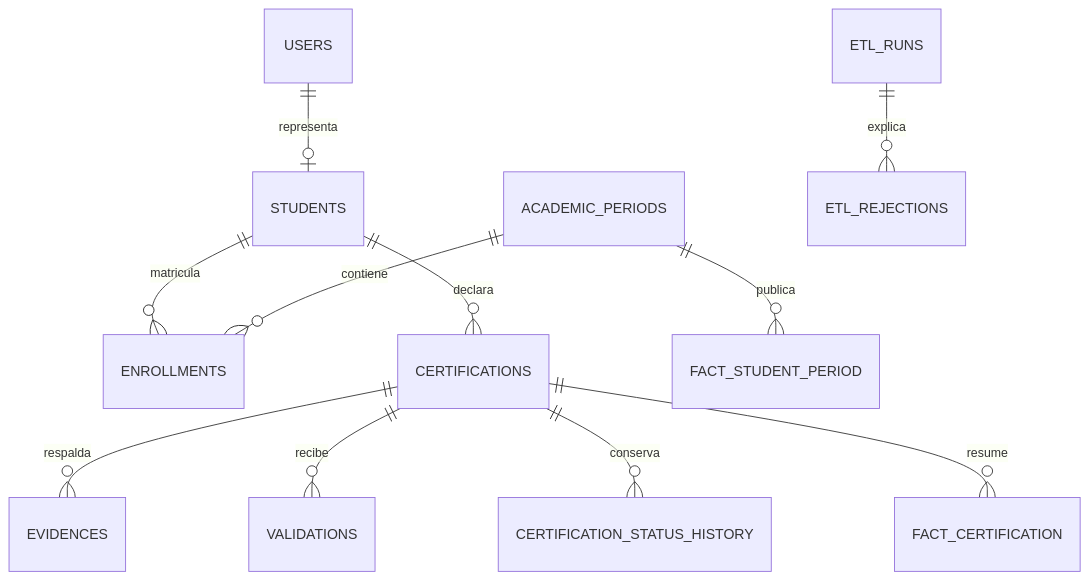
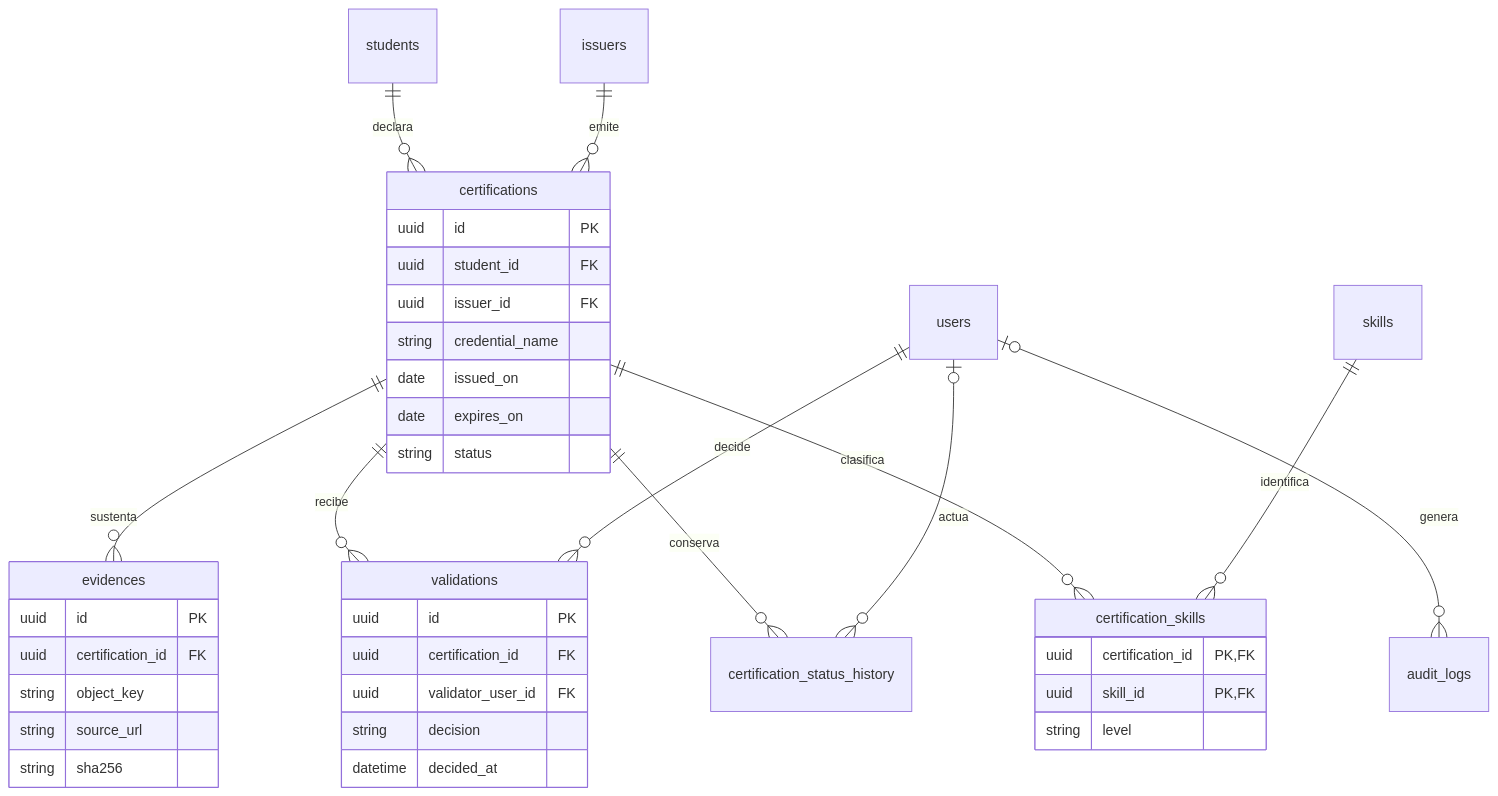
One commit to Kiara1616/pulse-epis changed the eighth of 14 diagrams in docs/academico/FD04-Arquitectura-Software.md. Above: the diagram before and after it, drawn with Mermaid. The commit also changed other lines of this file, not shown here.

````diff
--- a/docs/academico/FD04-Arquitectura-Software.md
+++ b/docs/academico/FD04-Arquitectura-Software.md
@@ -167,13 +500,41 @@
 ```mermaid
 erDiagram
-    USERS ||--o| STUDENTS : representa
-    STUDENTS ||--o{ ENROLLMENTS : matricula
-    ACADEMIC_PERIODS ||--o{ ENROLLMENTS : contiene
-    STUDENTS ||--o{ CERTIFICATIONS : declara
-    CERTIFICATIONS ||--o{ EVIDENCES : respalda
-    CERTIFICATIONS ||--o{ VALIDATIONS : recibe
-    CERTIFICATIONS ||--o{ CERTIFICATION_STATUS_HISTORY : conserva
-    ACADEMIC_PERIODS ||--o{ FACT_STUDENT_PERIOD : publica
-    CERTIFICATIONS ||--o{ FACT_CERTIFICATION : resume
-    ETL_RUNS ||--o{ ETL_REJECTIONS : explica
+    students ||--o{ certifications : declara
+    issuers ||--o{ certifications : emite
+    certifications ||--o{ evidences : sustenta
+    certifications ||--o{ validations : recibe
+    users ||--o{ validations : decide
+    certifications ||--o{ certification_status_history : conserva
+    users o|--o{ certification_status_history : actua
+    certifications ||--o{ certification_skills : clasifica
+    skills ||--o{ certification_skills : identifica
+    users o|--o{ audit_logs : genera
+    certifications {
+        uuid id PK
+        uuid student_id FK
+        uuid issuer_id FK
+        string credential_name
+        date issued_on
+        date expires_on
+        string status
+    }
+    evidences {
+        uuid id PK
+        uuid certification_id FK
+        string object_key
+        string source_url
+        string sha256
+    }
+    validations {
+        uuid id PK
+        uuid certification_id FK
+        uuid validator_user_id FK
+        string decision
+        datetime decided_at
+    }
+    certification_skills {
+        uuid certification_id PK,FK
+        uuid skill_id PK,FK
+        string level
+    }
 ```
````
